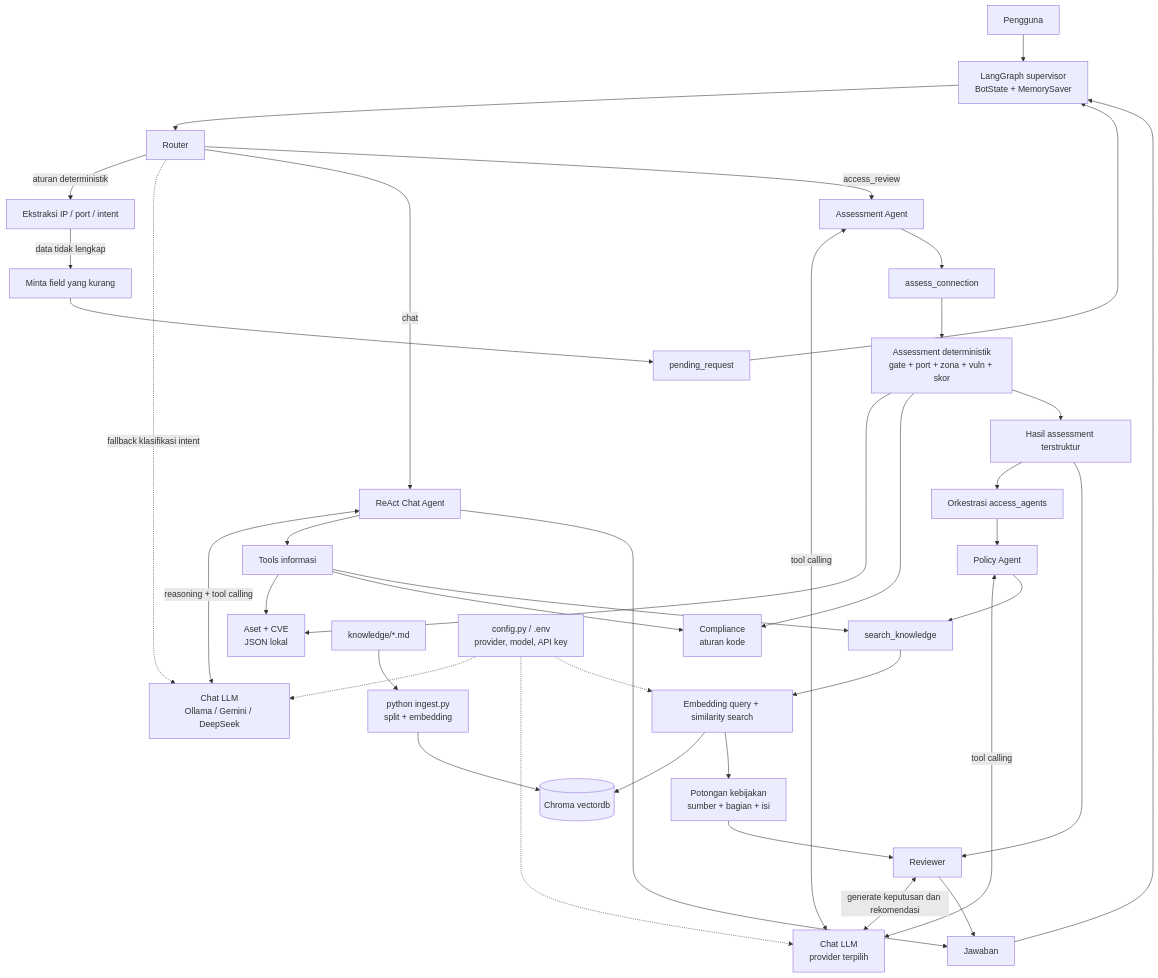
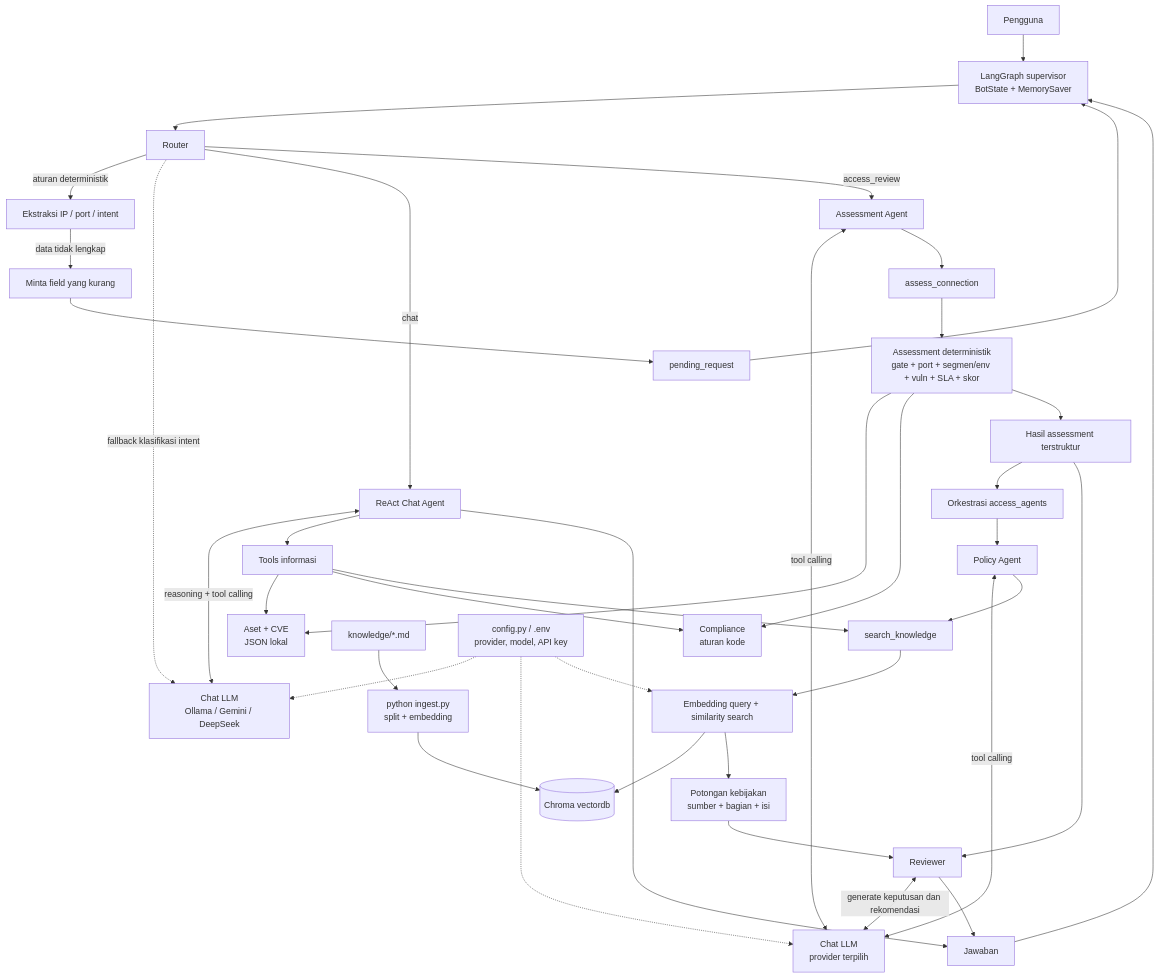
The third of 4 diagrams in ARCHITECTURE.md (othmanlutfii/mcp_trial), drawn with Mermaid before and after one commit. The commit also changed other lines of this file and 9 other files, not shown here.

````diff
--- a/ARCHITECTURE.md
+++ b/ARCHITECTURE.md
@@ -82,47 +85,47 @@
 ```mermaid
 flowchart TB
     USER["Pengguna"] --> GRAPH["LangGraph supervisor<br/>BotState + MemorySaver"]
     GRAPH --> ROUTER["Router"]
     ROUTER -->|"aturan deterministik"| PARSE["Ekstraksi IP / port / intent"]
     ROUTER -.->|"fallback klasifikasi intent"| CHATMODEL
 
     ROUTER -->|"chat"| CHATAGENT["ReAct Chat Agent"]
     CHATAGENT <-->|"reasoning + tool calling"| CHATMODEL["Chat LLM<br/>Ollama / Gemini / DeepSeek"]
     CHATAGENT --> CHATTOOLS["Tools informasi"]
     CHATTOOLS --> ASSET["Aset + CVE<br/>JSON lokal"]
     CHATTOOLS --> COMPLIANCE["Compliance<br/>aturan kode"]
     CHATTOOLS --> RAG["search_knowledge"]
 
     ROUTER -->|"access_review"| ASSESSAGENT["Assessment Agent"]
     ASSESSAGENT <-->|"tool calling"| ACCESSMODEL["Chat LLM<br/>provider terpilih"]
     ASSESSAGENT --> ASSESSTOOL["assess_connection"]
-    ASSESSTOOL --> CALC["Assessment deterministik<br/>gate + port + zona + vuln + skor"]
+    ASSESSTOOL --> CALC["Assessment deterministik<br/>gate + port + segmen/env + vuln + SLA + skor"]
     CALC --> ASSET
     CALC --> COMPLIANCE
     CALC --> RAW["Hasil assessment terstruktur"]
 
     RAW --> REVIEWFLOW["Orkestrasi access_agents"]
     REVIEWFLOW --> POLICYAGENT["Policy Agent"]
     POLICYAGENT <-->|"tool calling"| ACCESSMODEL
     POLICYAGENT --> RAG
     RAG --> RETRIEVAL["Embedding query + similarity search"]
     RETRIEVAL --> VECTOR[("Chroma vectordb")]
     RETRIEVAL --> DOCS["Potongan kebijakan<br/>sumber + bagian + isi"]
 
     RAW --> REVIEWER["Reviewer"]
     DOCS --> REVIEWER
     REVIEWER <-->|"generate keputusan dan rekomendasi"| ACCESSMODEL
 
     CHATAGENT --> ANSWER["Jawaban"]
     REVIEWER --> ANSWER
     PARSE -->|"data tidak lengkap"| CLARIFY["Minta field yang kurang"]
     CLARIFY --> PENDING["pending_request"]
     ANSWER --> GRAPH
     PENDING --> GRAPH
 
     FILES["knowledge/*.md"] --> INGEST["python ingest.py<br/>split + embedding"]
     INGEST --> VECTOR
     CONFIG["config.py / .env<br/>provider, model, API key"] -.-> CHATMODEL
     CONFIG -.-> ACCESSMODEL
     CONFIG -.-> RETRIEVAL
 ```
````
